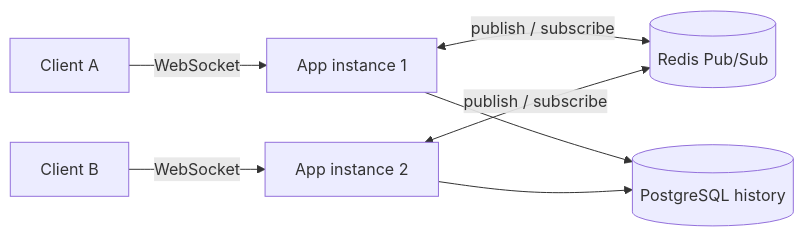
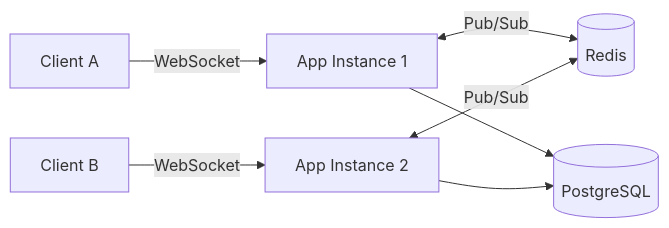
The first of 2 diagrams in README.md (Sudhanshukumar0007/Sudhanshukumar0007), drawn with Mermaid before and after one commit. The commit also changed other lines of this file, not shown here.

````diff
--- a/README.md
+++ b/README.md
@@ -63,9 +81,11 @@
 ```mermaid
 flowchart LR
-    A[Client A] -->|WebSocket| I1[App instance 1]
-    B[Client B] -->|WebSocket| I2[App instance 2]
-    I1 <-->|publish / subscribe| R[(Redis Pub/Sub)]
-    I2 <-->|publish / subscribe| R
-    I1 --> P[(PostgreSQL history)]
+    A[Client A] -->|WebSocket| I1[App Instance 1]
+    B[Client B] -->|WebSocket| I2[App Instance 2]
+
+    I1 <-->|Pub/Sub| R[(Redis)]
+    I2 <-->|Pub/Sub| R
+
+    I1 --> P[(PostgreSQL)]
     I2 --> P
 ```
````
